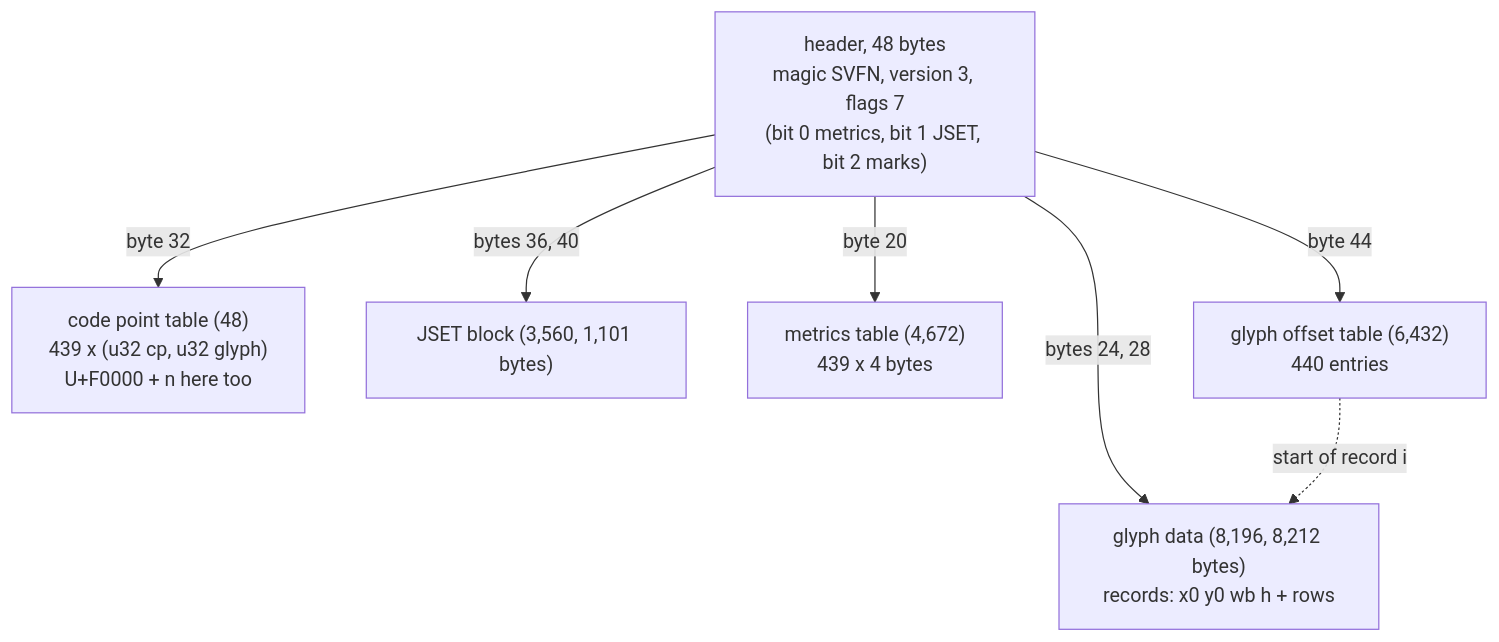
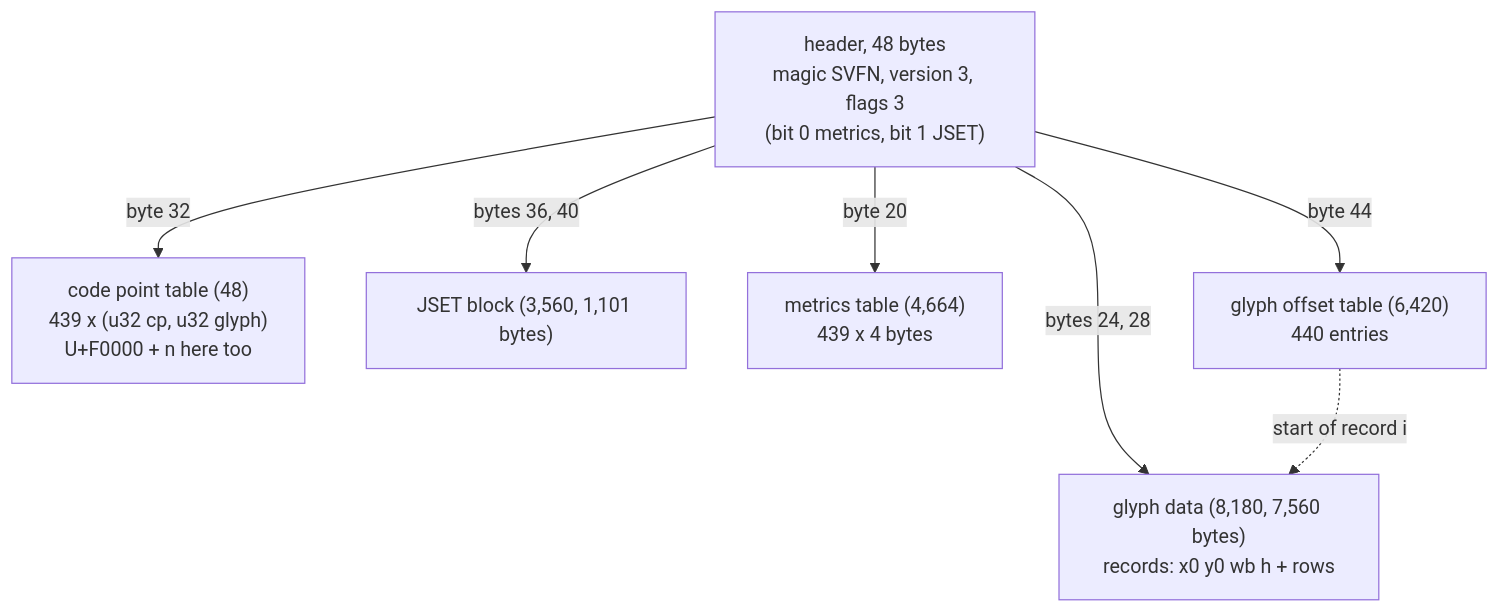
Before and after one commit to TaehyunKimLL/svf-fonts-open: diagram 13 of 27 in docs/jamo-sets.md, drawn with Mermaid. The commit also changed other lines of this file and 7 other files, not shown here.

````diff
--- a/docs/jamo-sets.md
+++ b/docs/jamo-sets.md
@@ -562,10 +569,10 @@
 ```mermaid
 flowchart TD
-  H["header, 48 bytes<br/>magic SVFN, version 3, flags 7<br/>(bit 0 metrics, bit 1 JSET, bit 2 marks)"]
+  H["header, 48 bytes<br/>magic SVFN, version 3, flags 3<br/>(bit 0 metrics, bit 1 JSET)"]
   H -->|"byte 32"| C["code point table (48)<br/>439 x (u32 cp, u32 glyph)<br/>U+F0000 + n here too"]
   H -->|"bytes 36, 40"| J["JSET block (3,560, 1,101 bytes)"]
-  H -->|"byte 20"| M["metrics table (4,672)<br/>439 x 4 bytes"]
-  H -->|"byte 44"| O["glyph offset table (6,432)<br/>440 entries"]
-  H -->|"bytes 24, 28"| D["glyph data (8,196, 8,212 bytes)<br/>records: x0 y0 wb h + rows"]
+  H -->|"byte 20"| M["metrics table (4,664)<br/>439 x 4 bytes"]
+  H -->|"byte 44"| O["glyph offset table (6,420)<br/>440 entries"]
+  H -->|"bytes 24, 28"| D["glyph data (8,180, 7,560 bytes)<br/>records: x0 y0 wb h + rows"]
   O -.->|start of record i| D
 ```
````
